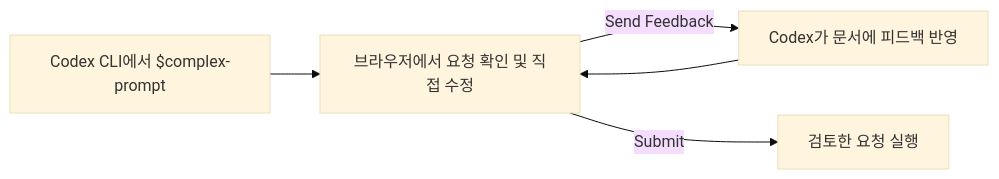
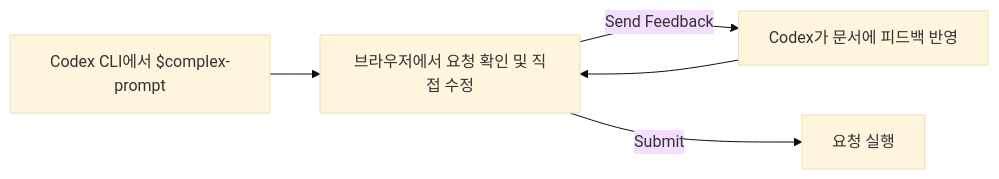
The diagram in README.ko.md (nayounsang/codex-complex-prompt), drawn with Mermaid (base theme) before and after one commit.

Commit message:
fix: typo in README (#90)

````diff
--- a/README.ko.md
+++ b/README.ko.md
@@ -15,7 +15,7 @@
 ```mermaid
 flowchart LR
     A["Codex CLI에서 $complex-prompt"] --> B[브라우저에서 요청 확인 및 직접 수정]
     B -->|Send Feedback| C[Codex가 문서에 피드백 반영]
     C --> B
-    B -->|Submit| D[검토한 요청 실행]
+    B -->|Submit| D[요청 실행]
 ```
````
